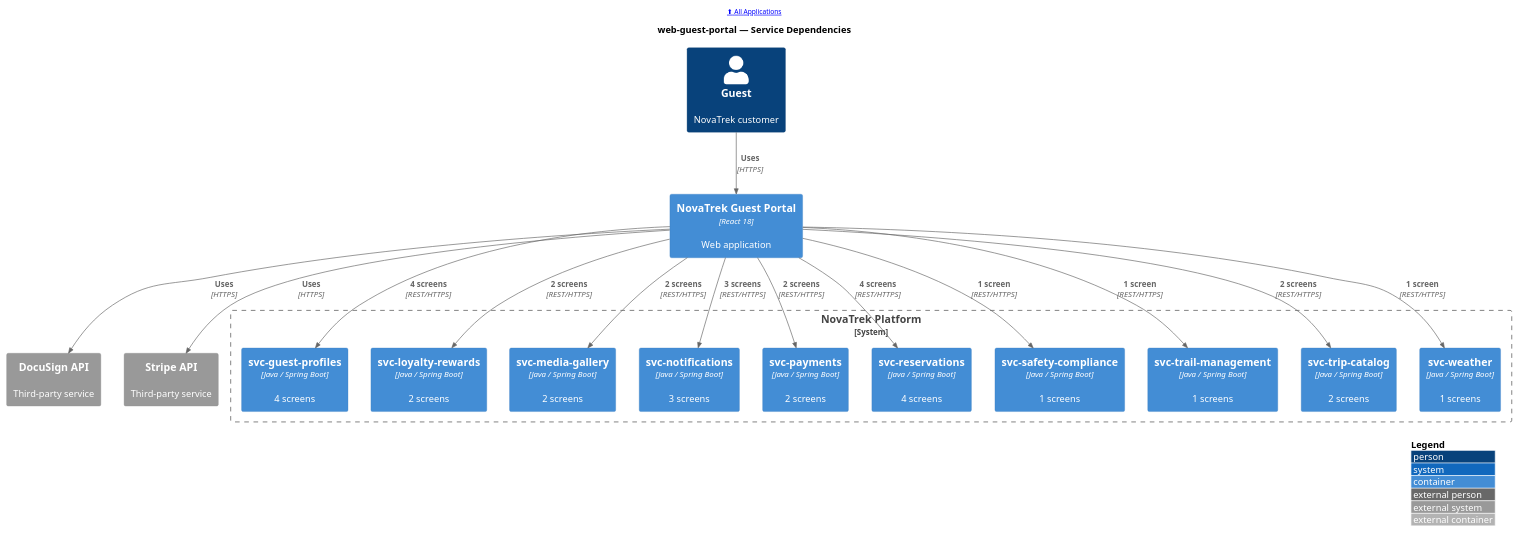
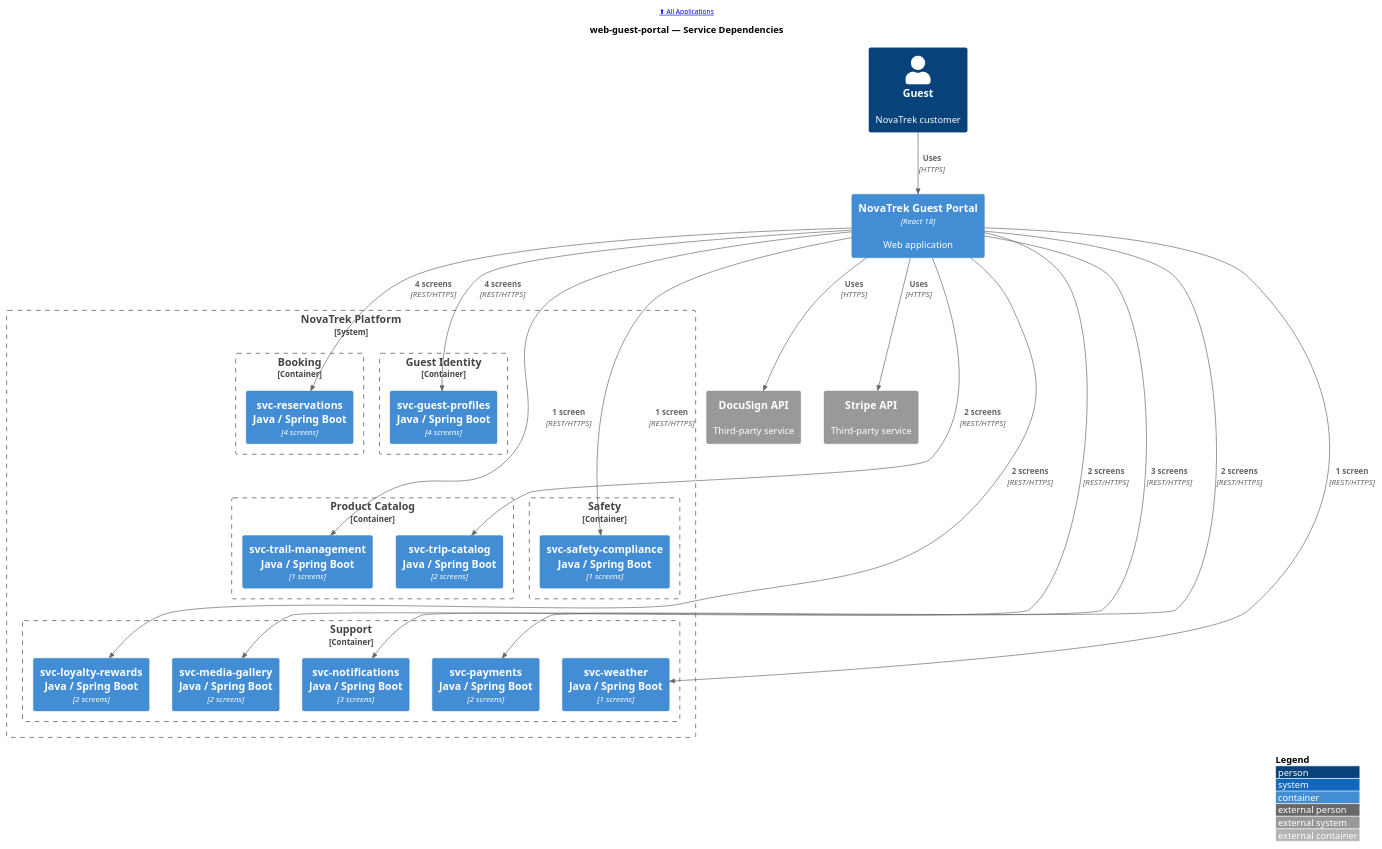
One commit to christopherblaisdell/continuous-architecture-platform-poc changed the diagram in portal/docs/applications/puml/web-guest-portal--c4-context.puml. Above: the diagram before and after it, drawn with PlantUML. The commit also changed 10 other files, not shown here.

First line of the commit message:
refactor: decompose monolithic event-flow diagram into per-domain diagrams

```diff
--- a/portal/docs/applications/puml/web-guest-portal--c4-context.puml
+++ b/portal/docs/applications/puml/web-guest-portal--c4-context.puml
@@ -1,45 +1,61 @@
 @startuml
 !include <c4/C4_Container>
 
 LAYOUT_WITH_LEGEND()
 LAYOUT_TOP_DOWN()
 
 header [[/applications/ ⬆ All Applications]]
 
 title web-guest-portal — Service Dependencies
 
 Person(user, "Guest", "NovaTrek customer", $link="/actors/#guest")
 
 Container(web_guest_portal, "NovaTrek Guest Portal", "React 18", "Web application", $link="/applications/web-guest-portal/")
 
 System_Boundary(platform, "NovaTrek Platform") {
-    Container(svc_guest_profiles, "svc-guest-profiles", "Java / Spring Boot", "4 screens", $link="/microservices/svc-guest-profiles/#integration-context")
-    Container(svc_loyalty_rewards, "svc-loyalty-rewards", "Java / Spring Boot", "2 screens", $link="/microservices/svc-loyalty-rewards/#integration-context")
-    Container(svc_media_gallery, "svc-media-gallery", "Java / Spring Boot", "2 screens", $link="/microservices/svc-media-gallery/#integration-context")
-    Container(svc_notifications, "svc-notifications", "Java / Spring Boot", "3 screens", $link="/microservices/svc-notifications/#integration-context")
-    Container(svc_payments, "svc-payments", "Java / Spring Boot", "2 screens", $link="/microservices/svc-payments/#integration-context")
-    Container(svc_reservations, "svc-reservations", "Java / Spring Boot", "4 screens", $link="/microservices/svc-reservations/#integration-context")
-    Container(svc_safety_compliance, "svc-safety-compliance", "Java / Spring Boot", "1 screens", $link="/microservices/svc-safety-compliance/#integration-context")
-    Container(svc_trail_management, "svc-trail-management", "Java / Spring Boot", "1 screens", $link="/microservices/svc-trail-management/#integration-context")
-    Container(svc_trip_catalog, "svc-trip-catalog", "Java / Spring Boot", "2 screens", $link="/microservices/svc-trip-catalog/#integration-context")
-    Container(svc_weather, "svc-weather", "Java / Spring Boot", "1 screens", $link="/microservices/svc-weather/#integration-context")
+    Container_Boundary(domain_Booking, "Booking") {
+        Container(svc_reservations, "svc-reservations\nJava / Spring Boot", "4 screens", $link="/microservices/svc-reservations/#integration-context")
+    }
+    Container_Boundary(domain_Guest_Identity, "Guest Identity") {
+        Container(svc_guest_profiles, "svc-guest-profiles\nJava / Spring Boot", "4 screens", $link="/microservices/svc-guest-profiles/#integration-context")
+    }
+    Container_Boundary(domain_Product_Catalog, "Product Catalog") {
+        Container(svc_trail_management, "svc-trail-management\nJava / Spring Boot", "1 screens", $link="/microservices/svc-trail-management/#integration-context")
+        Container(svc_trip_catalog, "svc-trip-catalog\nJava / Spring Boot", "2 screens", $link="/microservices/svc-trip-catalog/#integration-context")
+    }
+    Container_Boundary(domain_Safety, "Safety") {
+        Container(svc_safety_compliance, "svc-safety-compliance\nJava / Spring Boot", "1 screens", $link="/microservices/svc-safety-compliance/#integration-context")
+    }
+    Container_Boundary(domain_Support, "Support") {
+        Container(svc_loyalty_rewards, "svc-loyalty-rewards\nJava / Spring Boot", "2 screens", $link="/microservices/svc-loyalty-rewards/#integration-context")
+        Container(svc_media_gallery, "svc-media-gallery\nJava / Spring Boot", "2 screens", $link="/microservices/svc-media-gallery/#integration-context")
+        Container(svc_notifications, "svc-notifications\nJava / Spring Boot", "3 screens", $link="/microservices/svc-notifications/#integration-context")
+        Container(svc_payments, "svc-payments\nJava / Spring Boot", "2 screens", $link="/microservices/svc-payments/#integration-context")
+        Container(svc_weather, "svc-weather\nJava / Spring Boot", "1 screens", $link="/microservices/svc-weather/#integration-context")
+    }
 }
 
 System_Ext(DocuSign_API, "DocuSign API", "Third-party service")
 System_Ext(Stripe_API, "Stripe API", "Third-party service")
 
 Rel(user, web_guest_portal, "Uses", "HTTPS")
 Rel(web_guest_portal, svc_guest_profiles, "4 screens", "REST/HTTPS")
 Rel(web_guest_portal, svc_loyalty_rewards, "2 screens", "REST/HTTPS")
 Rel(web_guest_portal, svc_media_gallery, "2 screens", "REST/HTTPS")
 Rel(web_guest_portal, svc_notifications, "3 screens", "REST/HTTPS")
 Rel(web_guest_portal, svc_payments, "2 screens", "REST/HTTPS")
 Rel(web_guest_portal, svc_reservations, "4 screens", "REST/HTTPS")
 Rel(web_guest_portal, svc_safety_compliance, "1 screen", "REST/HTTPS")
 Rel(web_guest_portal, svc_trail_management, "1 screen", "REST/HTTPS")
 Rel(web_guest_portal, svc_trip_catalog, "2 screens", "REST/HTTPS")
 Rel(web_guest_portal, svc_weather, "1 screen", "REST/HTTPS")
 Rel(web_guest_portal, DocuSign_API, "Uses", "HTTPS")
 Rel(web_guest_portal, Stripe_API, "Uses", "HTTPS")
 
+' Layout hints: stack domain groups vertically
+Lay_R(svc_reservations, svc_guest_profiles)
+Lay_R(svc_trail_management, svc_safety_compliance)
+Lay_D(svc_reservations, svc_trail_management)
+Lay_D(svc_trail_management, svc_loyalty_rewards)
+
 @enduml
```
